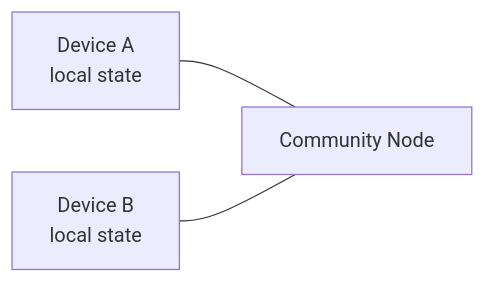
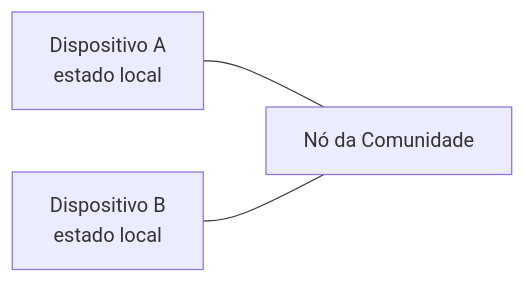
The second of 21 diagrams in docs/architecture.md (hugobessa/vamo-virar), drawn with Mermaid before and after one commit. The commit also changed other lines of this file and 30 other files, not shown here.

````diff
--- a/docs/architecture.md
+++ b/docs/architecture.md
@@ -97,5 +97,5 @@
 ```mermaid
 graph LR
-    A[Device A<br/>local state] --- N[Community Node]
-    B[Device B<br/>local state] --- N
+    A[Dispositivo A<br/>estado local] --- N[Nó da Comunidade]
+    B[Dispositivo B<br/>estado local] --- N
 ```
````
